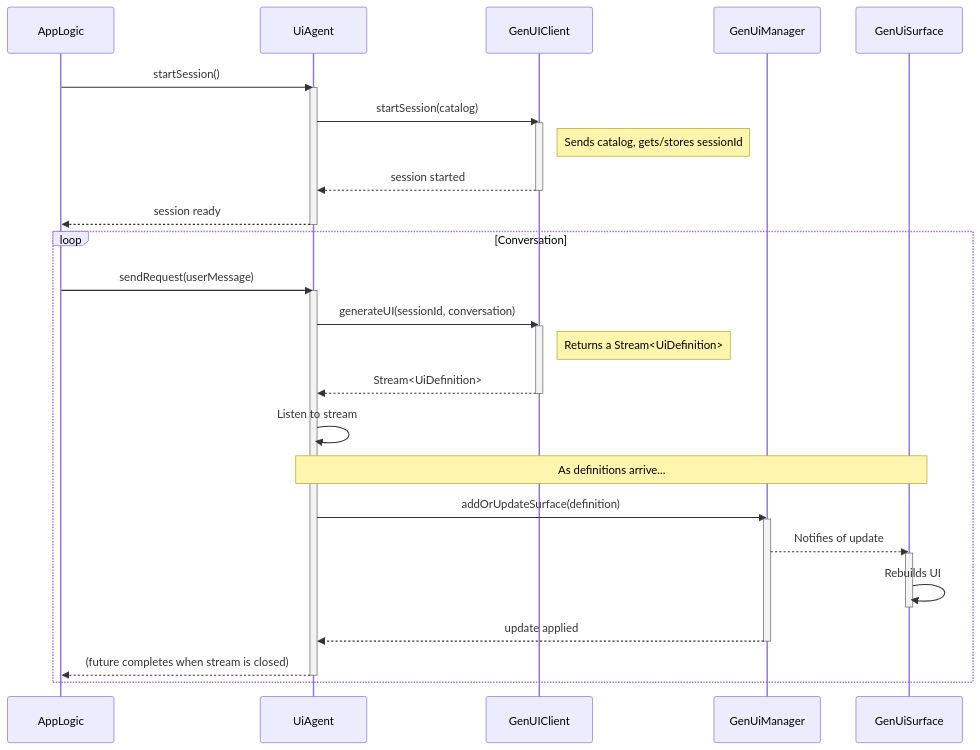
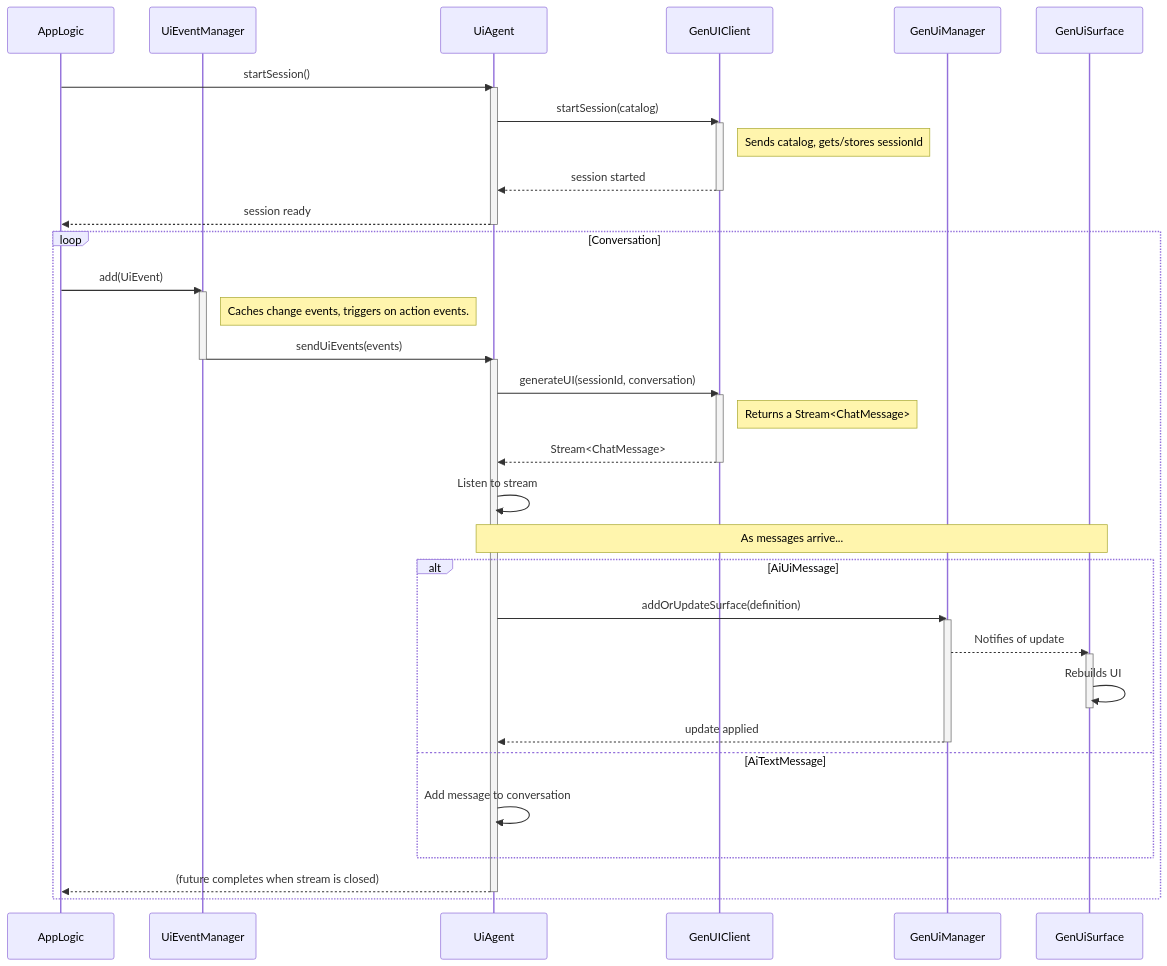
One commit to gspencergoog/genui changed the second of 2 diagrams in packages/genui_client/IMPLEMENTATION.md. Above: the diagram before and after it, drawn with Mermaid. The commit also changed other lines of this file and 1 other file, not shown here.

Commit message:
Update implementation descriptions.

````diff
--- a/packages/genui_client/IMPLEMENTATION.md
+++ b/packages/genui_client/IMPLEMENTATION.md
@@ -63,48 +66,55 @@
 ```mermaid
 sequenceDiagram
     participant AppLogic
+    participant UiEventManager
     participant UiAgent
     participant GenUIClient
     participant GenUiManager
     participant GenUiSurface
 
     AppLogic->>UiAgent: startSession()
     activate UiAgent
 
     UiAgent->>GenUIClient: startSession(catalog)
     activate GenUIClient
     Note right of GenUIClient: Sends catalog, gets/stores sessionId
     GenUIClient-->>UiAgent: session started
     deactivate GenUIClient
 
     UiAgent-->>AppLogic: session ready
     deactivate UiAgent
 
     loop Conversation
-        AppLogic->>UiAgent: sendRequest(userMessage)
+        AppLogic->>UiEventManager: add(UiEvent)
+        activate UiEventManager
+        Note right of UiEventManager: Caches change events, triggers on action events.
+        UiEventManager->>UiAgent: sendUiEvents(events)
+        deactivate UiEventManager
         activate UiAgent
 
         UiAgent->>GenUIClient: generateUI(sessionId, conversation)
         activate GenUIClient
-        Note right of GenUIClient: Returns a Stream<UiDefinition>
-        GenUIClient-->>UiAgent: Stream<UiDefinition>
+        Note right of GenUIClient: Returns a Stream<ChatMessage>
+        GenUIClient-->>UiAgent: Stream<ChatMessage>
         deactivate GenUIClient
 
         UiAgent->>UiAgent: Listen to stream
 
-        Note over UiAgent, GenUiSurface: As definitions arrive...
-        UiAgent->>GenUiManager: addOrUpdateSurface(definition)
-        activate GenUiManager
-
-        GenUiManager-->>GenUiSurface: Notifies of update
-        activate GenUiSurface
-        GenUiSurface->>GenUiSurface: Rebuilds UI
-        deactivate GenUiSurface
-
-        GenUiManager-->>UiAgent: update applied
-        deactivate GenUiManager
+        Note over UiAgent, GenUiSurface: As messages arrive...
+        alt AiUiMessage
+            UiAgent->>GenUiManager: addOrUpdateSurface(definition)
+            activate GenUiManager
+            GenUiManager-->>GenUiSurface: Notifies of update
+            activate GenUiSurface
+            GenUiSurface->>GenUiSurface: Rebuilds UI
+            deactivate GenUiSurface
+            GenUiManager-->>UiAgent: update applied
+            deactivate GenUiManager
+        else AiTextMessage
+            UiAgent->>UiAgent: Add message to conversation
+        end
 
         UiAgent-->>AppLogic: (future completes when stream is closed)
         deactivate UiAgent
     end
 ```
````
